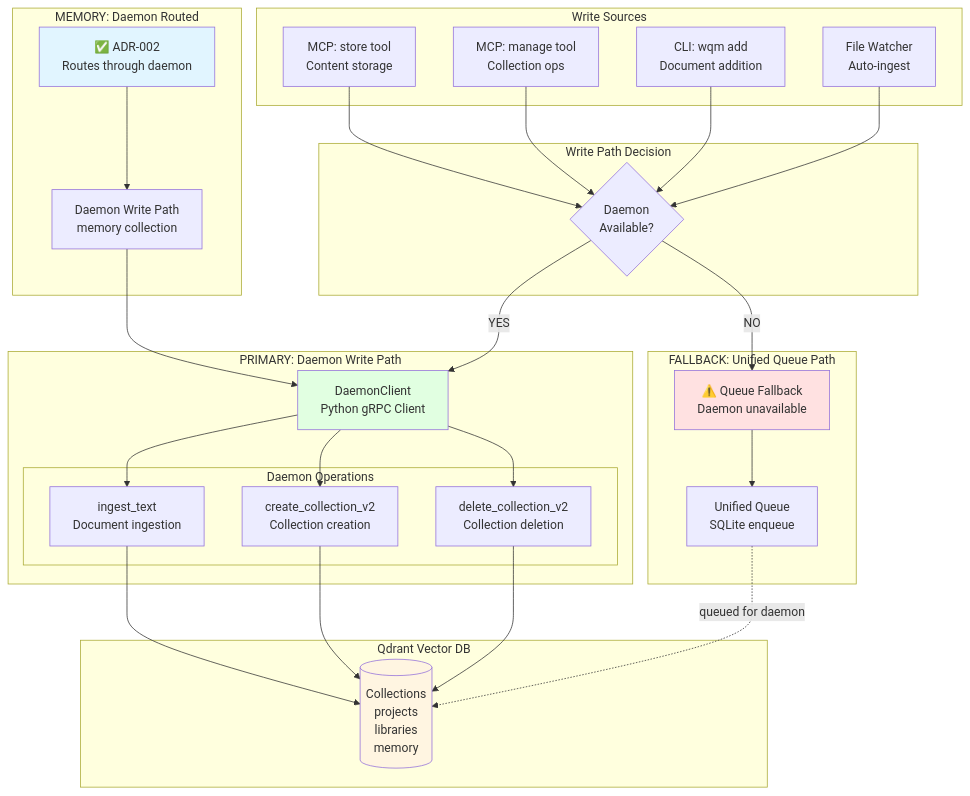
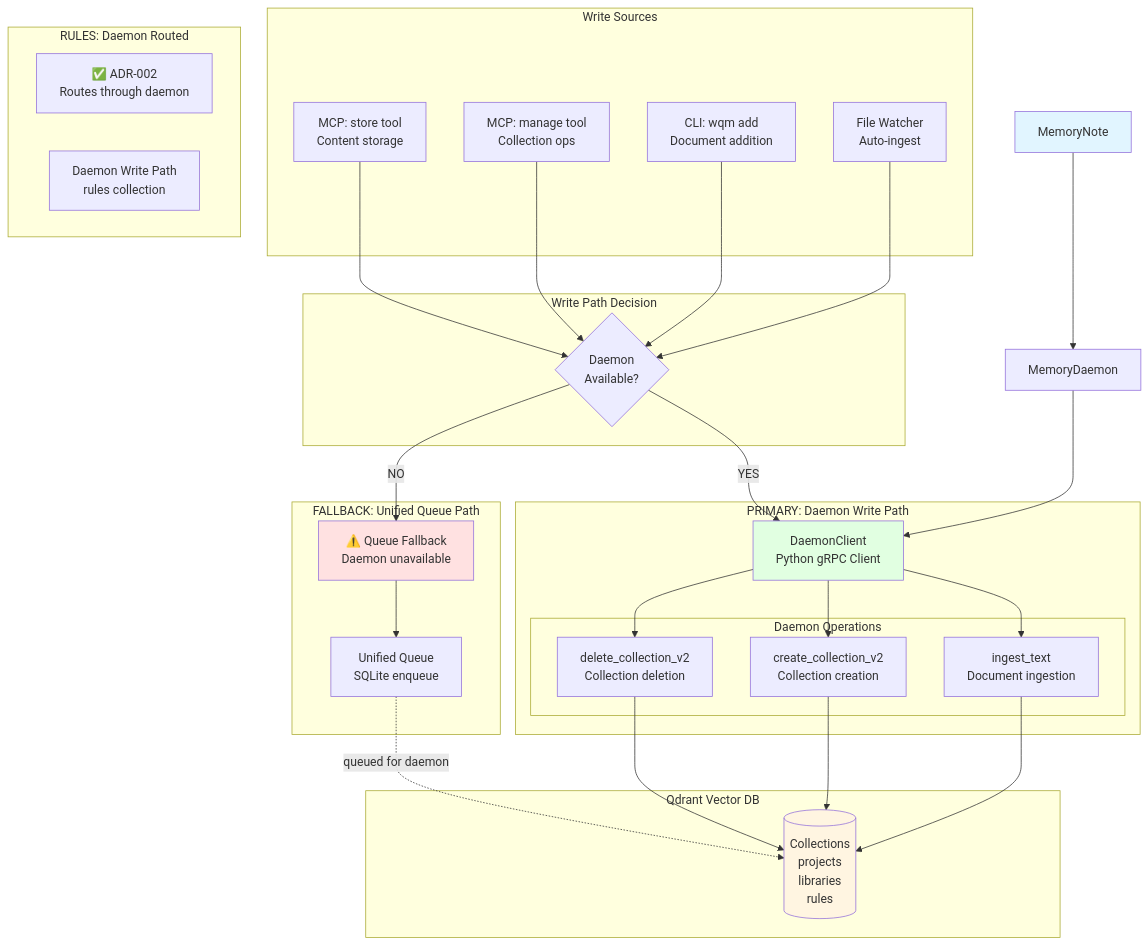
Before and after one commit to ChrisGVE/workspace-qdrant-mcp: the eighth of 13 diagrams in docs/ARCHITECTURE.md, drawn with Mermaid. The commit also changed other lines of this file and 24 other files, not shown here.

First line of the commit message:
docs: update all specs and architecture docs for memory→rules rename

````diff
--- a/docs/ARCHITECTURE.md
+++ b/docs/ARCHITECTURE.md
@@ -508,64 +508,64 @@
 ```mermaid
 graph TB
     subgraph "Write Sources"
         MCP_Store[MCP: store tool<br/>Content storage]
         MCP_Manage[MCP: manage tool<br/>Collection ops]
         CLI_Add[CLI: wqm add<br/>Document addition]
         Watcher[File Watcher<br/>Auto-ingest]
     end
 
     subgraph "Write Path Decision"
         Check{Daemon<br/>Available?}
     end
 
     subgraph "PRIMARY: Daemon Write Path"
         DC[DaemonClient<br/>Python gRPC Client]
 
         subgraph "Daemon Operations"
             IngestText[ingest_text<br/>Document ingestion]
             CreateColl[create_collection_v2<br/>Collection creation]
             DeleteColl[delete_collection_v2<br/>Collection deletion]
         end
 
         DC --> IngestText
         DC --> CreateColl
         DC --> DeleteColl
     end
 
     subgraph "FALLBACK: Unified Queue Path"
         FallbackNote[⚠️ Queue Fallback<br/>Daemon unavailable]
         QueueClient[Unified Queue<br/>SQLite enqueue]
     end
 
-    subgraph "MEMORY: Daemon Routed"
-        MemoryNote[✅ ADR-002<br/>Routes through daemon]
-        MemoryDaemon[Daemon Write Path<br/>memory collection]
+    subgraph "RULES: Daemon Routed"
+        RulesNote[✅ ADR-002<br/>Routes through daemon]
+        RulesDaemon[Daemon Write Path<br/>rules collection]
     end
 
     subgraph "Qdrant Vector DB"
-        Collections[(Collections<br/>projects<br/>libraries<br/>memory)]
+        Collections[(Collections<br/>projects<br/>libraries<br/>rules)]
     end
 
     MCP_Store --> Check
     MCP_Manage --> Check
     CLI_Add --> Check
     Watcher --> Check
 
     Check -->|YES| DC
     Check -->|NO| FallbackNote
 
     FallbackNote --> QueueClient
 
     IngestText --> Collections
     CreateColl --> Collections
     DeleteColl --> Collections
     QueueClient -.->|queued for daemon| Collections
 
     MemoryNote --> MemoryDaemon
     MemoryDaemon --> DC
 
     style DC fill:#e1ffe1
     style FallbackNote fill:#ffe1e1
     style MemoryNote fill:#e1f5ff
     style Collections fill:#fff5e1
 ```
````
